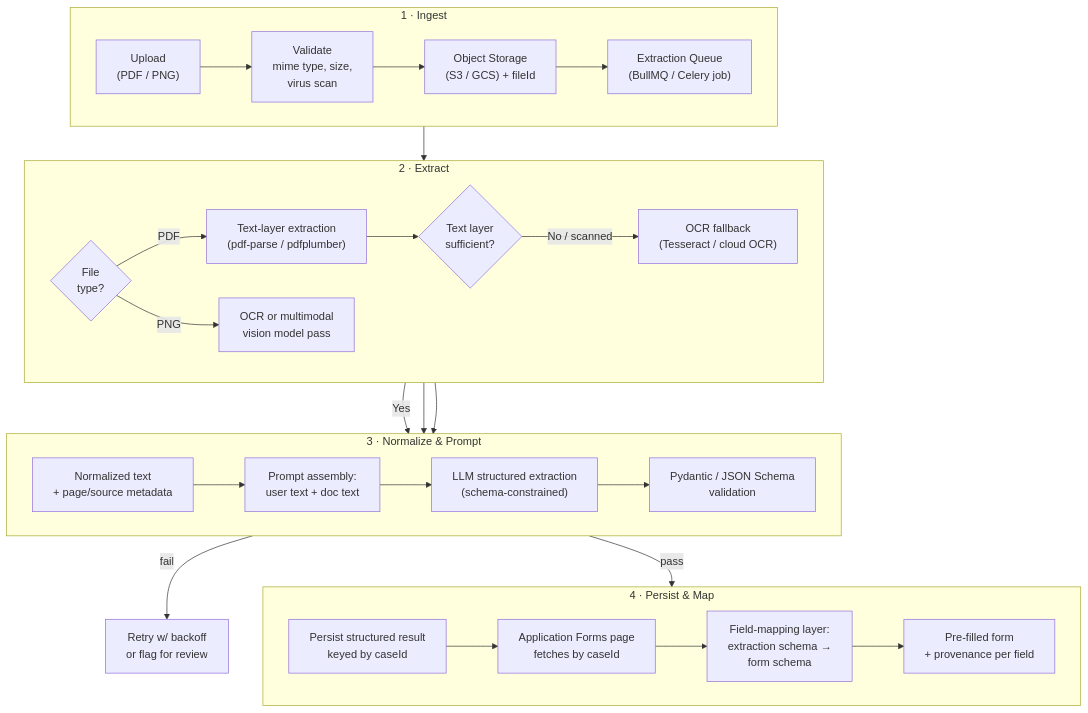
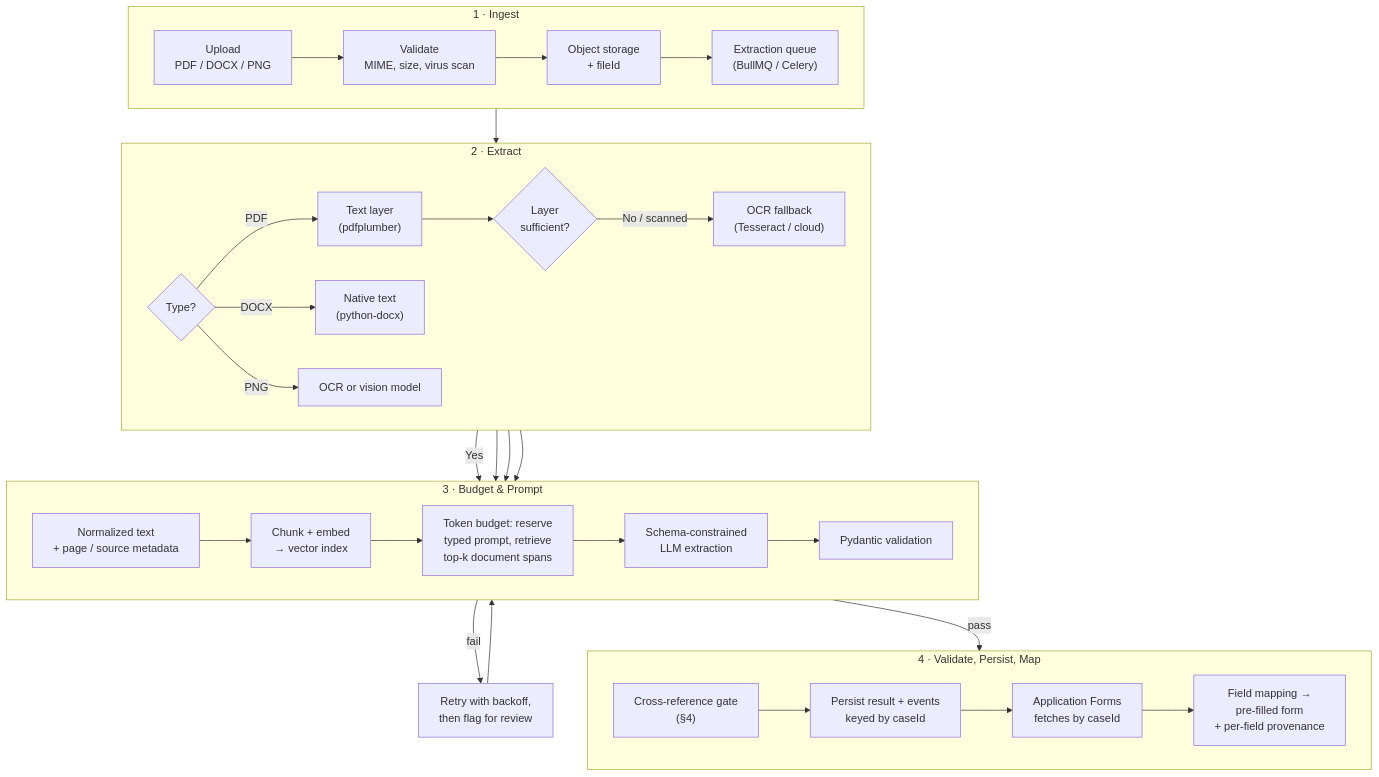
Before and after one commit to cjelias/tech-assessment: the second of 3 diagrams in Technical-Assessment-Response.md, drawn with Mermaid. The commit also changed other lines of this file and 1 other file, not shown here.

````diff
--- a/Technical-Assessment-Response.md
+++ b/Technical-Assessment-Response.md
@@ -218,39 +148,39 @@
 ```mermaid
 flowchart TB
     subgraph S1["1 · Ingest"]
         direction LR
-        A["Upload\n(PDF / PNG)"] --> B["Validate\nmime type, size,\nvirus scan"]
-        B --> C["Object Storage\n(S3 / GCS) + fileId"]
-        C --> D["Extraction Queue\n(BullMQ / Celery job)"]
+        A["Upload<br/>PDF / DOCX / PNG"] --> B["Validate<br/>MIME, size, virus scan"]
+        B --> C["Object storage<br/>+ fileId"]
+        C --> D["Extraction queue<br/>(BullMQ / Celery)"]
     end
-
     subgraph S2["2 · Extract"]
         direction LR
-        E{"File\ntype?"}
-        E -- PDF --> F["Text-layer extraction\n(pdf-parse / pdfplumber)"]
-        F --> G{"Text layer\nsufficient?"}
-        G -- No / scanned --> H["OCR fallback\n(Tesseract / cloud OCR)"]
-        E -- PNG --> J["OCR or multimodal\nvision model pass"]
+        E{"Type?"}
+        E -- PDF --> F["Text layer<br/>(pdfplumber)"]
+        F --> G{"Layer<br/>sufficient?"}
+        G -- "No / scanned" --> H["OCR fallback<br/>(Tesseract / cloud)"]
+        E -- DOCX --> I2["Native text<br/>(python-docx)"]
+        E -- PNG --> J["OCR or vision model"]
     end
-
-    subgraph S3["3 · Normalize & Prompt"]
+    subgraph S3["3 · Budget & Prompt"]
         direction LR
-        I["Normalized text\n+ page/source metadata"] --> K["Prompt assembly:\nuser text + doc text"]
-        K --> L["LLM structured extraction\n(schema-constrained)"]
-        L --> M["Pydantic / JSON Schema\nvalidation"]
+        I["Normalized text<br/>+ page / source metadata"] --> CH["Chunk + embed<br/>→ vector index"]
+        CH --> TB["Token budget: reserve<br/>typed prompt, retrieve<br/>top-k document spans"]
+        TB --> L["Schema-constrained<br/>LLM extraction"]
+        L --> M["Pydantic validation"]
     end
-
-    subgraph S4["4 · Persist & Map"]
+    subgraph S4["4 · Validate, Persist, Map"]
         direction LR
-        O["Persist structured result\nkeyed by caseId"] --> P["Application Forms page\nfetches by caseId"]
-        P --> Q["Field-mapping layer:\nextraction schema →\nform schema"]
-        Q --> R["Pre-filled form\n+ provenance per field"]
+        V["Cross-reference gate<br/>(§4)"] --> O["Persist result + events<br/>keyed by caseId"]
+        O --> P["Application Forms<br/>fetches by caseId"]
+        P --> Q["Field mapping →<br/>pre-filled form<br/>+ per-field provenance"]
     end
-
     D --> E
     G -- Yes --> I
     H --> I
+    I2 --> I
     J --> I
-    M -- fail --> N["Retry w/ backoff\nor flag for review"]
-    M -- pass --> O
+    M -- fail --> N["Retry with backoff,<br/>then flag for review"]
+    N --> L
+    M -- pass --> V
 ```
````
